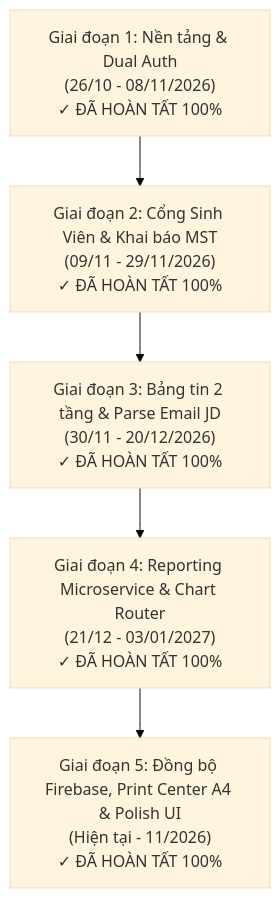
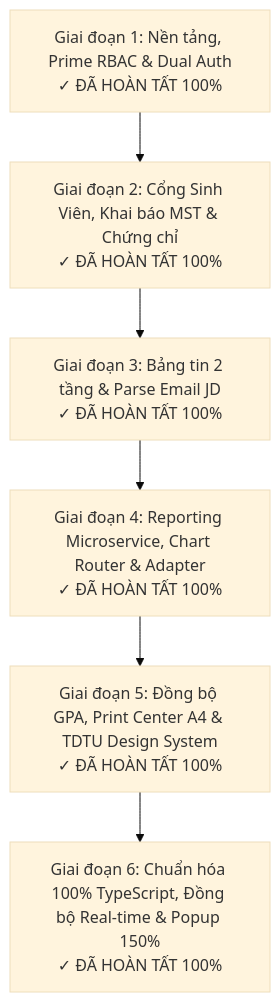
One commit to nhan1232004/DB_CNTT changed the diagram in docs/BAO_CAO_CHI_TIET_DU_AN_TONG_THE_DB_CNTT.md. Above: the diagram before and after it, drawn with Mermaid (base theme). The commit also changed other lines of this file and 8 other files, not shown here.

Commit message:
docs: update README, technical docs, and runner scripts to v3.2.0 (100% TypeScript)

````diff
--- a/docs/BAO_CAO_CHI_TIET_DU_AN_TONG_THE_DB_CNTT.md
+++ b/docs/BAO_CAO_CHI_TIET_DU_AN_TONG_THE_DB_CNTT.md
@@ -25,10 +26,11 @@
 ```mermaid
 flowchart TD
-    P1["Giai đoạn 1: Nền tảng & Dual Auth<br/>(26/10 - 08/11/2026)<br/>✓ ĐÃ HOÀN TẤT 100%"]
-    P2["Giai đoạn 2: Cổng Sinh Viên & Khai báo MST<br/>(09/11 - 29/11/2026)<br/>✓ ĐÃ HOÀN TẤT 100%"]
-    P3["Giai đoạn 3: Bảng tin 2 tầng & Parse Email JD<br/>(30/11 - 20/12/2026)<br/>✓ ĐÃ HOÀN TẤT 100%"]
-    P4["Giai đoạn 4: Reporting Microservice & Chart Router<br/>(21/12 - 03/01/2027)<br/>✓ ĐÃ HOÀN TẤT 100%"]
-    P5["Giai đoạn 5: Đồng bộ Firebase, Print Center A4 & Polish UI<br/>(Hiện tại - 11/2026)<br/>✓ ĐÃ HOÀN TẤT 100%"]
+    P1["Giai đoạn 1: Nền tảng, Prime RBAC & Dual Auth<br/>✓ ĐÃ HOÀN TẤT 100%"]
+    P2["Giai đoạn 2: Cổng Sinh Viên, Khai báo MST & Chứng chỉ<br/>✓ ĐÃ HOÀN TẤT 100%"]
+    P3["Giai đoạn 3: Bảng tin 2 tầng & Parse Email JD<br/>✓ ĐÃ HOÀN TẤT 100%"]
+    P4["Giai đoạn 4: Reporting Microservice, Chart Router & Adapter<br/>✓ ĐÃ HOÀN TẤT 100%"]
+    P5["Giai đoạn 5: Đồng bộ GPA, Print Center A4 & TDTU Design System<br/>✓ ĐÃ HOÀN TẤT 100%"]
+    P6["Giai đoạn 6: Chuẩn hóa 100% TypeScript, Đồng bộ Real-time & Popup 150%<br/>✓ ĐÃ HOÀN TẤT 100%"]
 
-    P1 --> P2 --> P3 --> P4 --> P5
+    P1 --> P2 --> P3 --> P4 --> P5 --> P6
 ```
````
